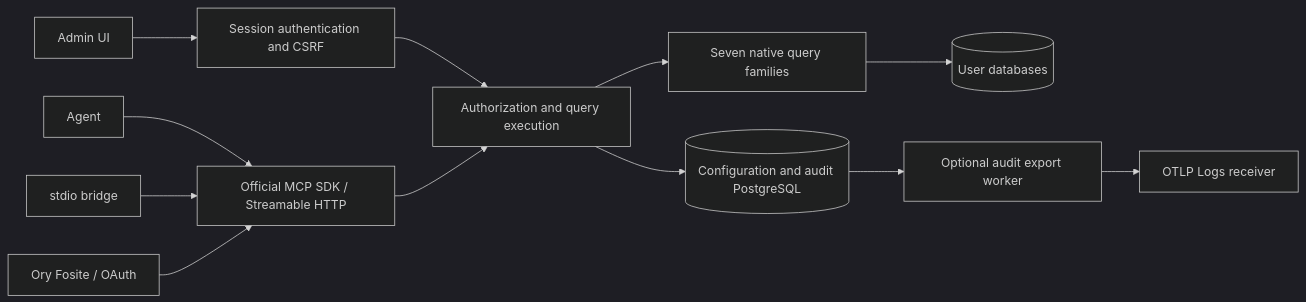
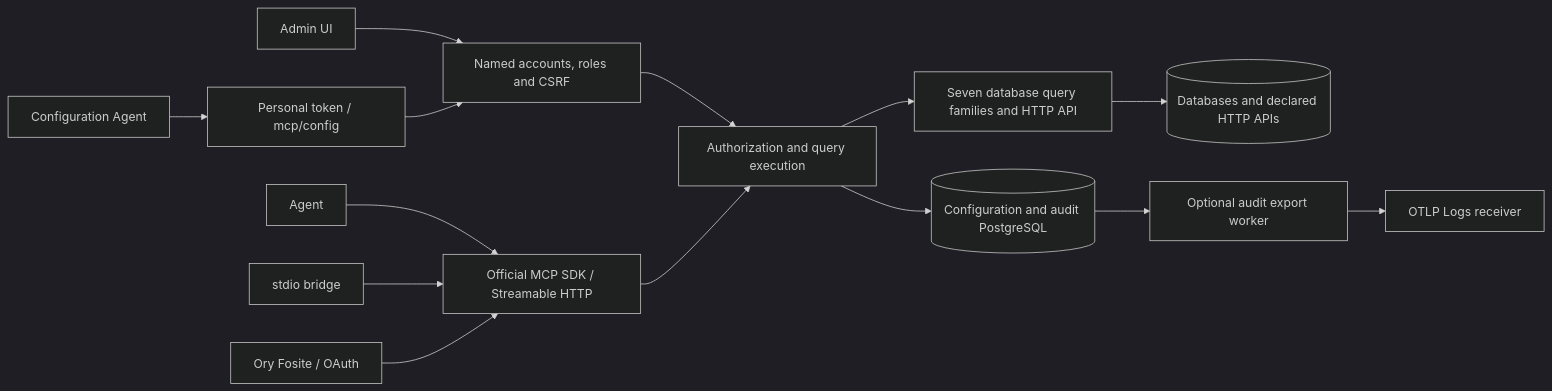
One commit to SamuelSupe/contextGate changed the diagram in docs/architecture.md. Above: the diagram before and after it, drawn with Mermaid (dark theme). The commit also changed other lines of this file and 31 other files, not shown here.

````diff
--- a/docs/architecture.md
+++ b/docs/architecture.md
@@ -7,14 +7,16 @@
 ```mermaid
 flowchart LR
-  UI[Admin UI] --> API[Session authentication and CSRF]
+  UI[Admin UI] --> API[Named accounts, roles and CSRF]
   Agent[Agent] --> MCP[Official MCP SDK / Streamable HTTP]
   CLI[stdio bridge] --> MCP
   OAuth[Ory Fosite / OAuth] --> MCP
+  SetupAgent[Configuration Agent] --> ConfigMCP[Personal token / mcp/config]
+  ConfigMCP --> API
   API --> Execute[Authorization and query execution]
   MCP --> Execute
-  Execute --> Adapters[Seven native query families]
-  Adapters --> DB[(User databases)]
+  Execute --> Adapters[Seven database query families and HTTP API]
+  Adapters --> DB[(Databases and declared HTTP APIs)]
   Execute --> Store[(Configuration and audit PostgreSQL)]
   Store --> Export[Optional audit export worker]
   Export --> OTLP[OTLP Logs receiver]
 ```
````
